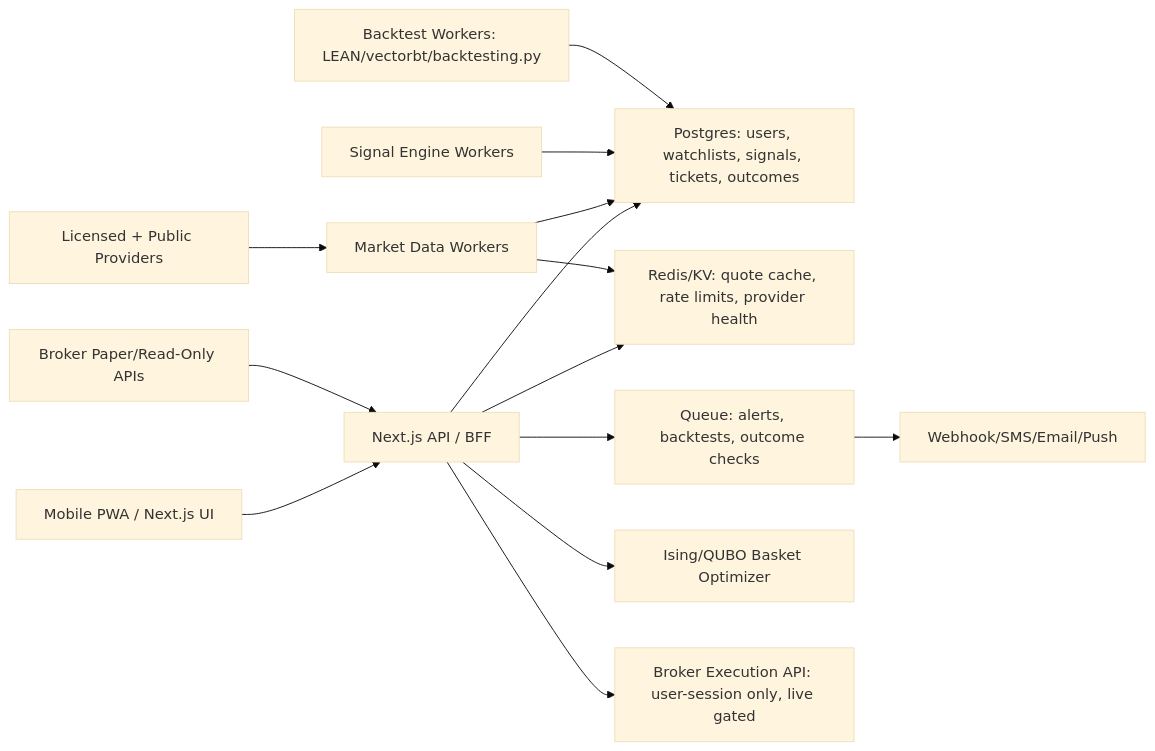
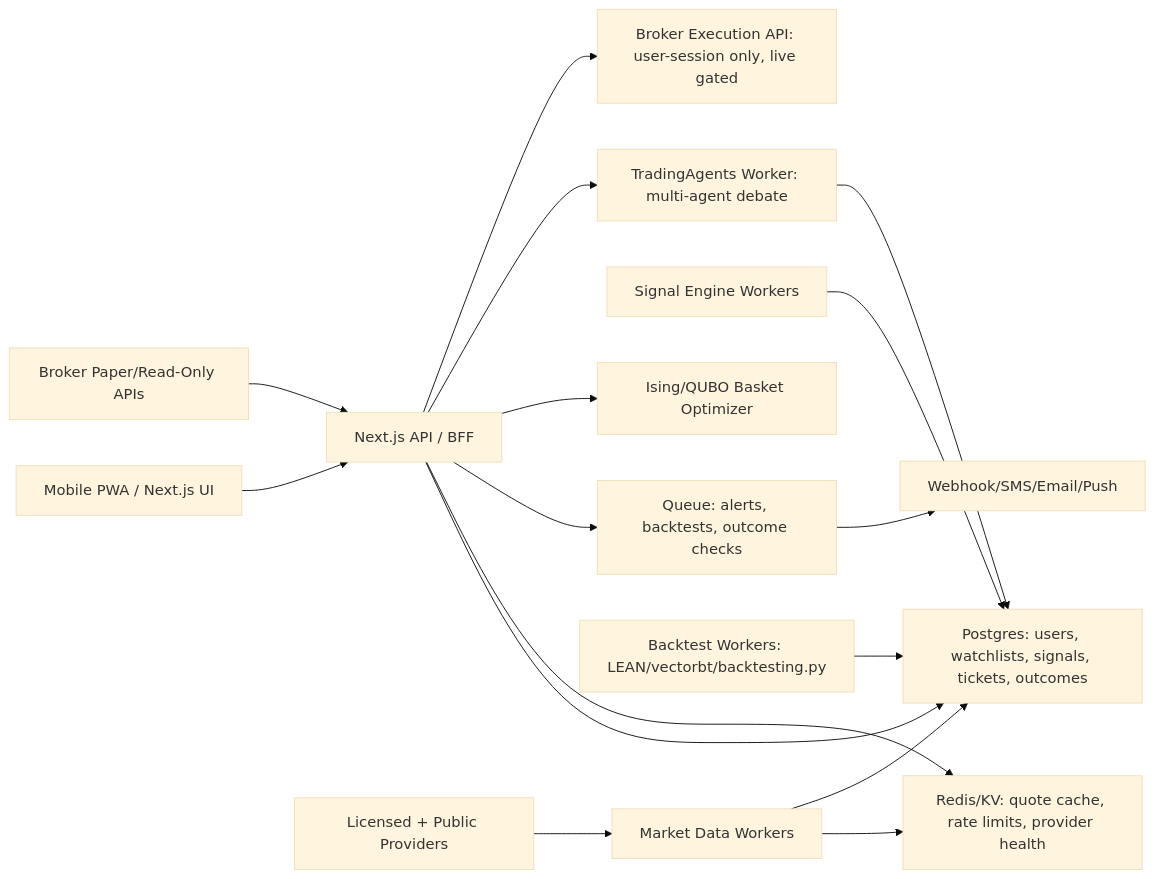
One commit to pinohu/trading-intel changed the diagram in docs/ARCHITECTURE.md. Above: the diagram before and after it, drawn with Mermaid (base theme). The commit also changed other lines of this file and 16 other files, not shown here.

Commit message:
Integrate TradingAgents research worker

````diff
--- a/docs/ARCHITECTURE.md
+++ b/docs/ARCHITECTURE.md
@@ -37,16 +37,18 @@
 ```mermaid
 flowchart LR
   UI["Mobile PWA / Next.js UI"] --> BFF["Next.js API / BFF"]
   BFF --> DB["Postgres: users, watchlists, signals, tickets, outcomes"]
   BFF --> Cache["Redis/KV: quote cache, rate limits, provider health"]
   BFF --> Queue["Queue: alerts, backtests, outcome checks"]
   DataWorker["Market Data Workers"] --> Cache
   DataWorker --> DB
   Providers["Licensed + Public Providers"] --> DataWorker
   SignalWorker["Signal Engine Workers"] --> DB
   BFF --> Ising["Ising/QUBO Basket Optimizer"]
+  BFF --> TradingAgents["TradingAgents Worker: multi-agent debate"]
+  TradingAgents --> DB
   BacktestWorker["Backtest Workers: LEAN/vectorbt/backtesting.py"] --> DB
   Broker["Broker Paper/Read-Only APIs"] --> BFF
   BFF --> BrokerExec["Broker Execution API: user-session only, live gated"]
   Queue --> Alerts["Webhook/SMS/Email/Push"]
 ```
````
